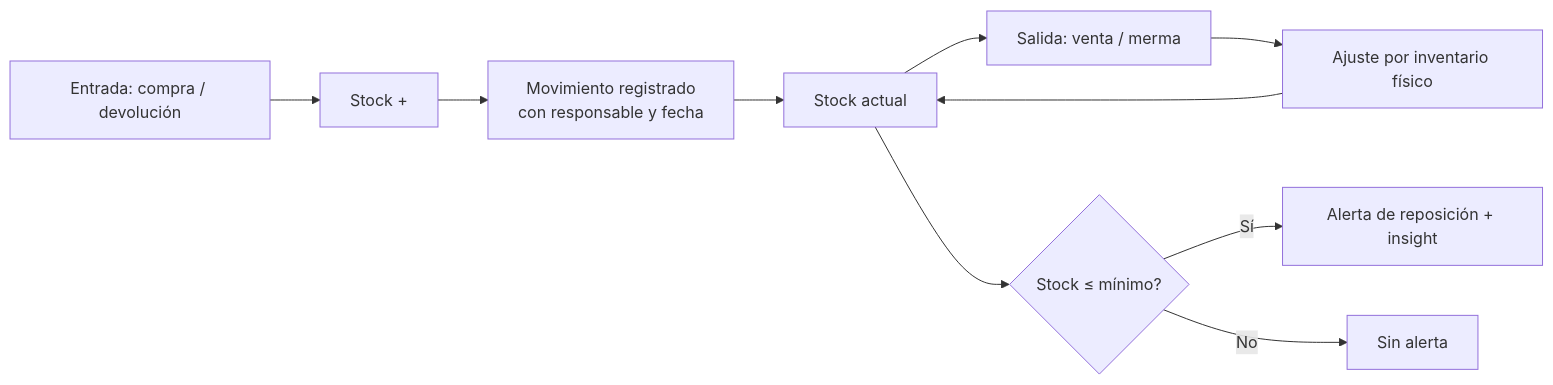
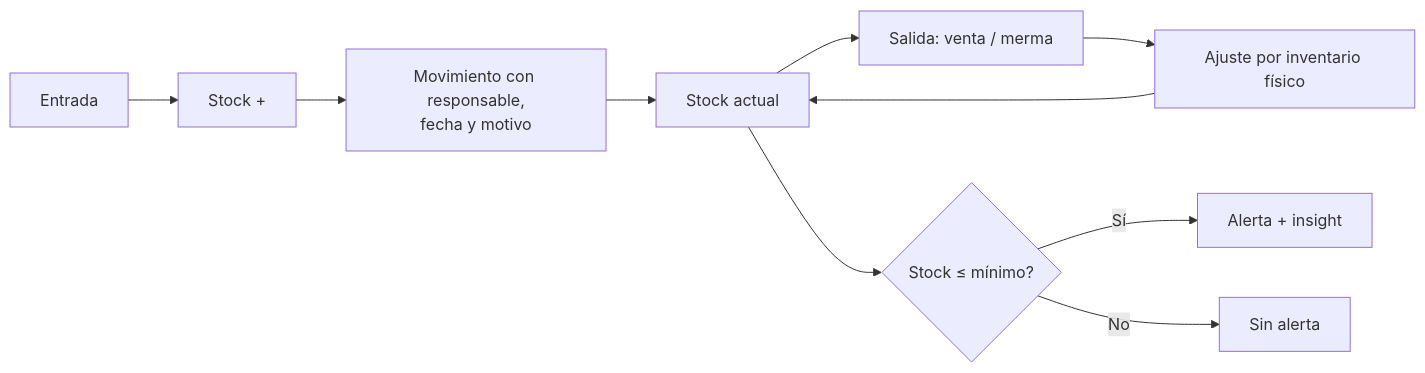
One commit to Grupo-04-Senati/SALESIA-ENTERPRISE changed the fourth of 5 diagrams in docs/01_requisitos.md. Above: the diagram before and after it, drawn with Mermaid. The commit also changed other lines of this file, not shown here.

````diff
--- a/docs/01_requisitos.md
+++ b/docs/01_requisitos.md
@@ -189,12 +236,12 @@
 ```mermaid
 flowchart LR
-    E[Entrada: compra / devolución] --> S[Stock +]
-    S --> M[Movimiento registrado<br/>con responsable y fecha]
+    E[Entrada] --> S[Stock +]
+    S --> M[Movimiento con responsable,<br/>fecha y motivo]
     M --> ST[Stock actual]
     ST --> X[Salida: venta / merma]
     X --> A[Ajuste por inventario físico]
     A --> ST
     ST --> AL{Stock ≤ mínimo?}
-    AL -- Sí --> ALERTA[Alerta de reposición + insight]
+    AL -- Sí --> ALERTA[Alerta + insight]
     AL -- No --> OK[Sin alerta]
 ```
````
